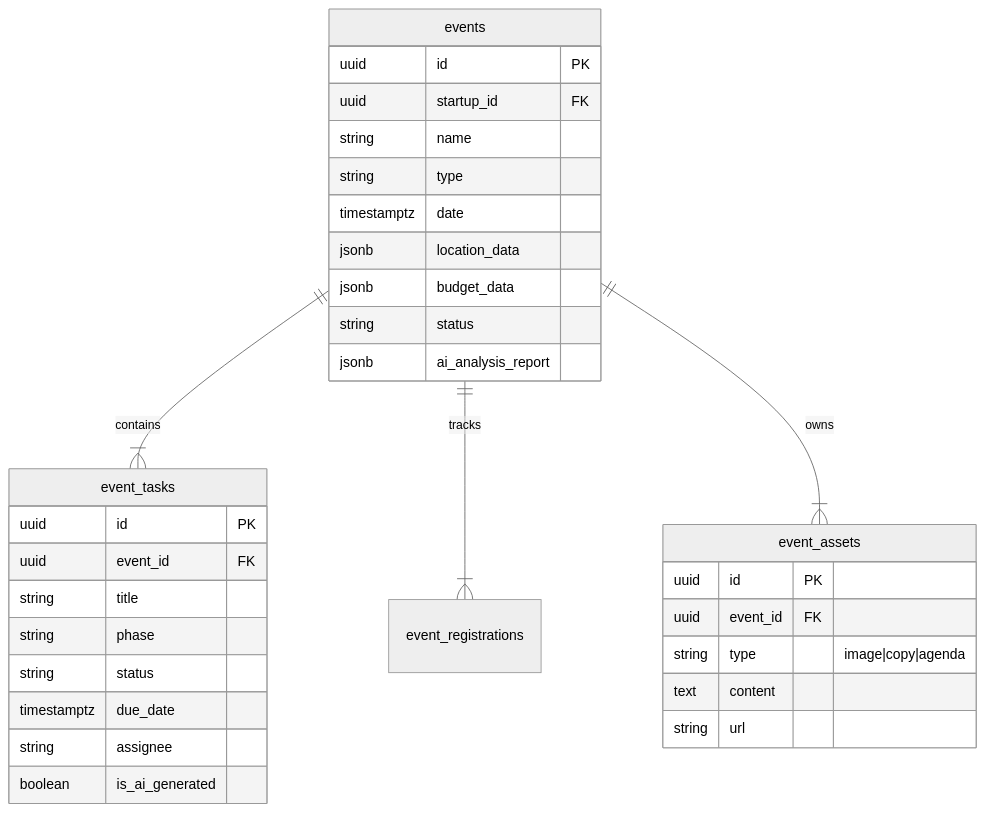
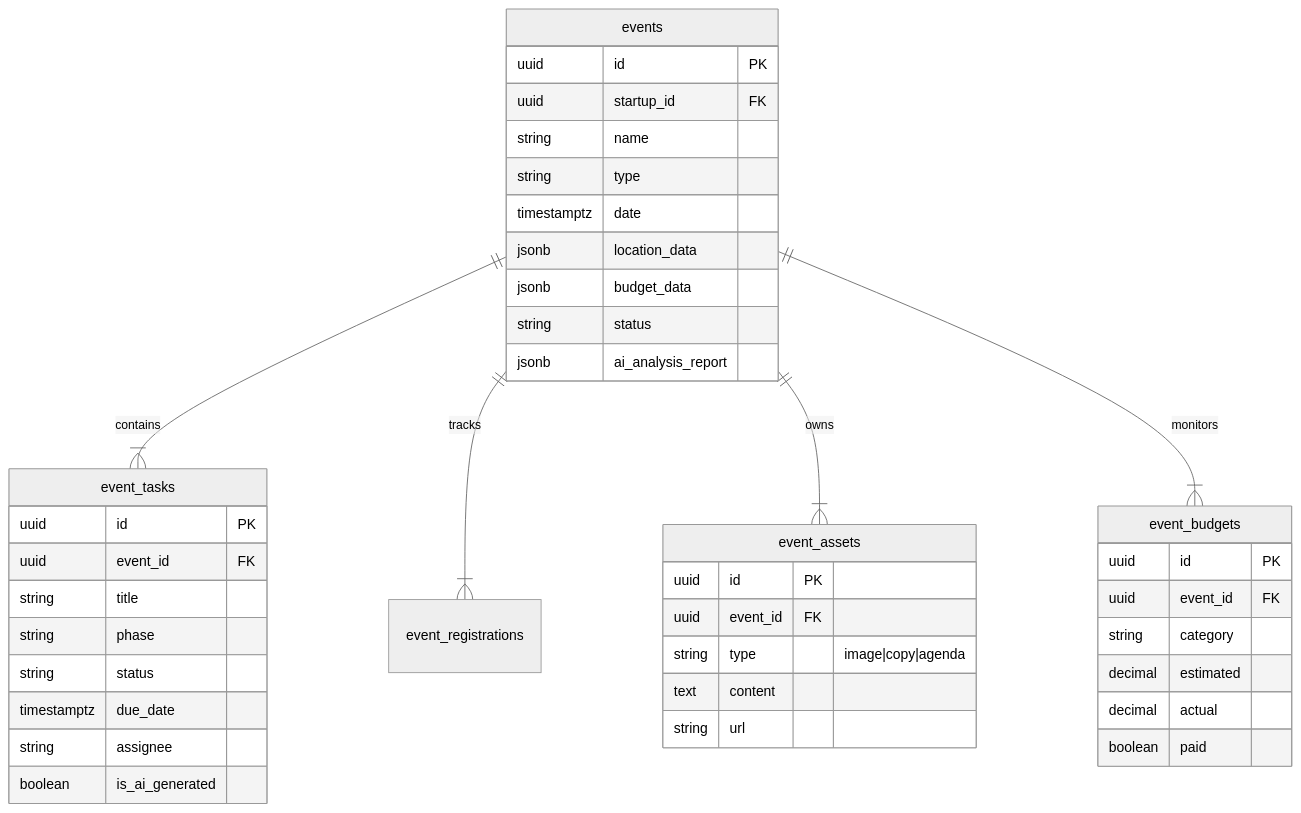
Before and after one commit to amo-tech-ai/startupai: the fifth of 6 diagrams in docs/09-events-system.md, drawn with Mermaid (neutral theme). The commit also changed other lines of this file and 8 other files, not shown here.

````diff
--- a/docs/09-events-system.md
+++ b/docs/09-events-system.md
@@ -142,34 +143,43 @@
 ```mermaid
 erDiagram
     events ||--|{ event_tasks : contains
     events ||--|{ event_registrations : tracks
     events ||--|{ event_assets : owns
+    events ||--|{ event_budgets : monitors
     events {
         uuid id PK
         uuid startup_id FK
         string name
         string type
         timestamptz date
         jsonb location_data
         jsonb budget_data
         string status
         jsonb ai_analysis_report
     }
     event_tasks {
         uuid id PK
         uuid event_id FK
         string title
         string phase
         string status
         timestamptz due_date
         string assignee
         boolean is_ai_generated
     }
     event_assets {
         uuid id PK
         uuid event_id FK
         string type "image|copy|agenda"
         text content
         string url
     }
+    event_budgets {
+        uuid id PK
+        uuid event_id FK
+        string category
+        decimal estimated
+        decimal actual
+        boolean paid
+    }
 ```
````
